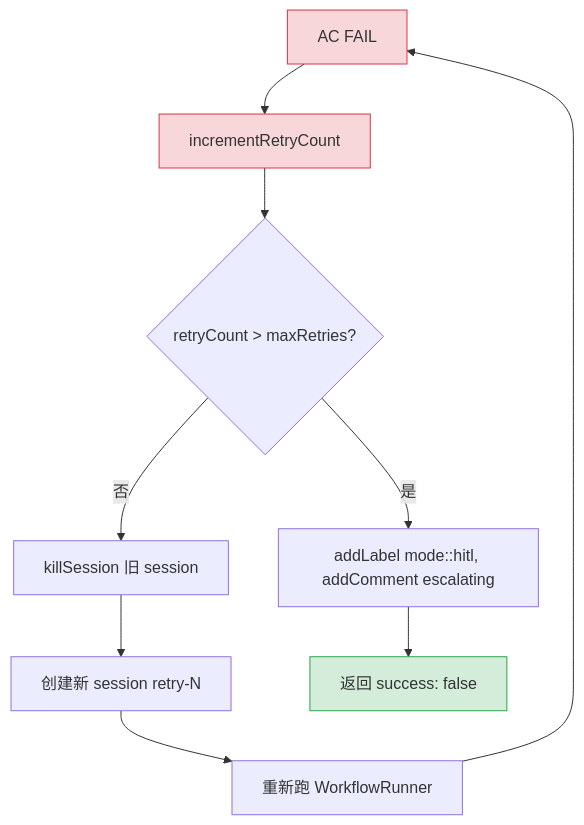
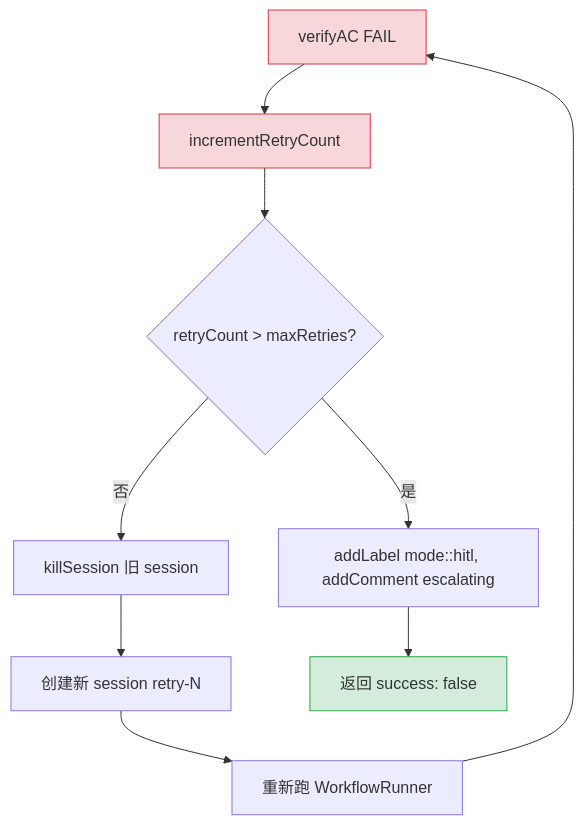
One commit to easyhaloo/afk changed the eighth of 11 diagrams in docs/ARCHITECTURE.md. Above: the diagram before and after it, drawn with Mermaid. The commit also changed other lines of this file, not shown here.

First line of the commit message:
docs: 同步 ARCHITECTURE.md 反映全部重构

````diff
--- a/docs/ARCHITECTURE.md
+++ b/docs/ARCHITECTURE.md
@@ -418,17 +477,17 @@
 ```mermaid
 flowchart TD
-    AC[AC FAIL] --> Inc[incrementRetryCount]
+    AC["verifyAC FAIL"] --> Inc[incrementRetryCount]
     Inc --> Check{retryCount > maxRetries?}
     Check -->|是| HITL["addLabel mode::hitl, addComment escalating"]
     Check -->|否| Kill[killSession 旧 session]
     Kill --> New[创建新 session retry-N]
     New --> Run[重新跑 WorkflowRunner]
     Run --> AC
 
     HITL --> End[返回 success: false]
 
     classDef fail fill:#f8d7da,stroke:#dc3545
     classDef success fill:#d4edda,stroke:#28a745
     class AC,Inc fail
     class End success
 ```
````
